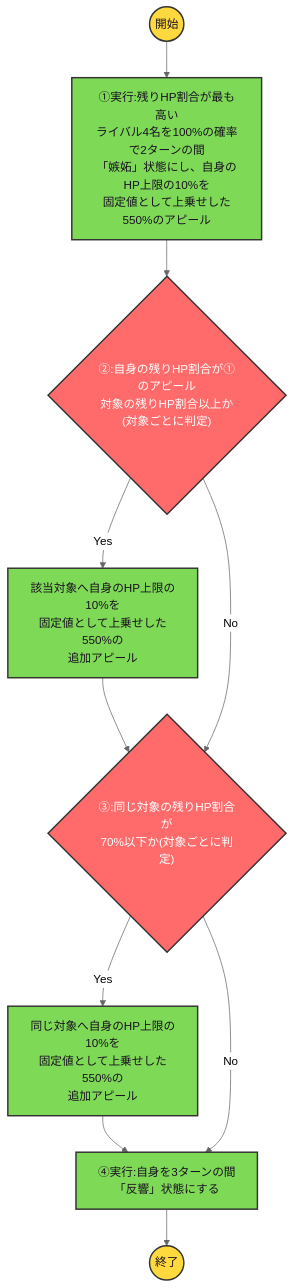
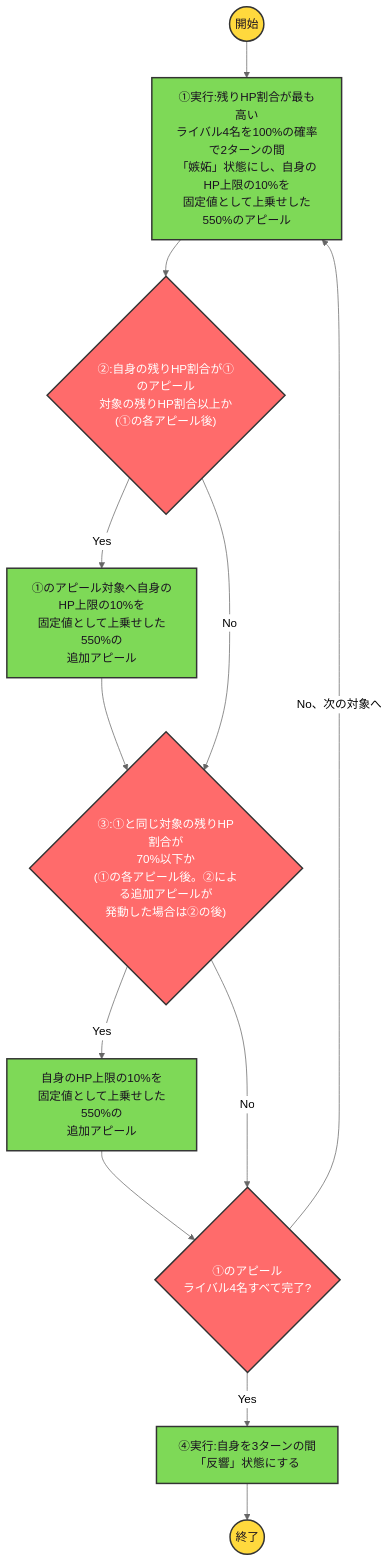
The diagram in data/tsutsui_ayame/sukitoiunoharockdaze_skill1.mmd (ryomochi0918/nogifra-characters), drawn with Mermaid (neutral theme) before and after one commit. The commit also changed 286 other files, not shown here.

```diff
--- a/data/tsutsui_ayame/sukitoiunoharockdaze_skill1.mmd
+++ b/data/tsutsui_ayame/sukitoiunoharockdaze_skill1.mmd
@@ -1,12 +1,14 @@
 flowchart TD
     classDef startend fill:#FFD93D,stroke:#333,stroke-width:2px,color:#1a1220;
     classDef cond fill:#FF6B6B,stroke:#333,stroke-width:2px,color:#ffffff;
     classDef effect fill:#6EC6E8,stroke:#333,stroke-width:2px,color:#1a1220;
     classDef action fill:#7ED957,stroke:#333,stroke-width:2px,color:#1a1220;
 
     start(("開始")):::startend --> a1["①実行:残りHP割合が最も高い<br/>ライバル4名を100%の確率で2ターンの間<br/>「嫉妬」状態にし、自身のHP上限の10%を<br/>固定値として上乗せした<br/>550%のアピール"]:::action --> c2
-    c2{"②:自身の残りHP割合が①のアピール<br/>対象の残りHP割合以上か<br/>(対象ごとに判定)"}:::cond
-    c2 -->|"Yes"| a2["該当対象へ自身のHP上限の10%を<br/>固定値として上乗せした550%の<br/>追加アピール"]:::action --> c3
-    c2 -->|"No"| c3{"③:同じ対象の残りHP割合が<br/>70%以下か(対象ごとに判定)"}:::cond
-    c3 -->|"Yes"| a3["同じ対象へ自身のHP上限の10%を<br/>固定値として上乗せした550%の<br/>追加アピール"]:::action --> a4
-    c3 -->|"No"| a4["④実行:自身を3ターンの間<br/>「反響」状態にする"]:::action --> finish(("終了")):::startend
+    c2{"②:自身の残りHP割合が①のアピール<br/>対象の残りHP割合以上か<br/>(①の各アピール後)"}:::cond
+    c2 -->|"Yes"| a2["①のアピール対象へ自身のHP上限の10%を<br/>固定値として上乗せした550%の<br/>追加アピール"]:::action --> c3
+    c2 -->|"No"| c3{"③:①と同じ対象の残りHP割合が<br/>70%以下か<br/>(①の各アピール後。②による追加アピールが<br/>発動した場合は②の後)"}:::cond
+    c3 -->|"Yes"| a3["自身のHP上限の10%を<br/>固定値として上乗せした550%の<br/>追加アピール"]:::action --> lc1
+    c3 -->|"No"| lc1{"①のアピール<br/>ライバル4名すべて完了?"}:::cond
+    lc1 -->|"No、次の対象へ"| a1
+    lc1 -->|"Yes"| a4["④実行:自身を3ターンの間<br/>「反響」状態にする"]:::action --> finish(("終了")):::startend
```
